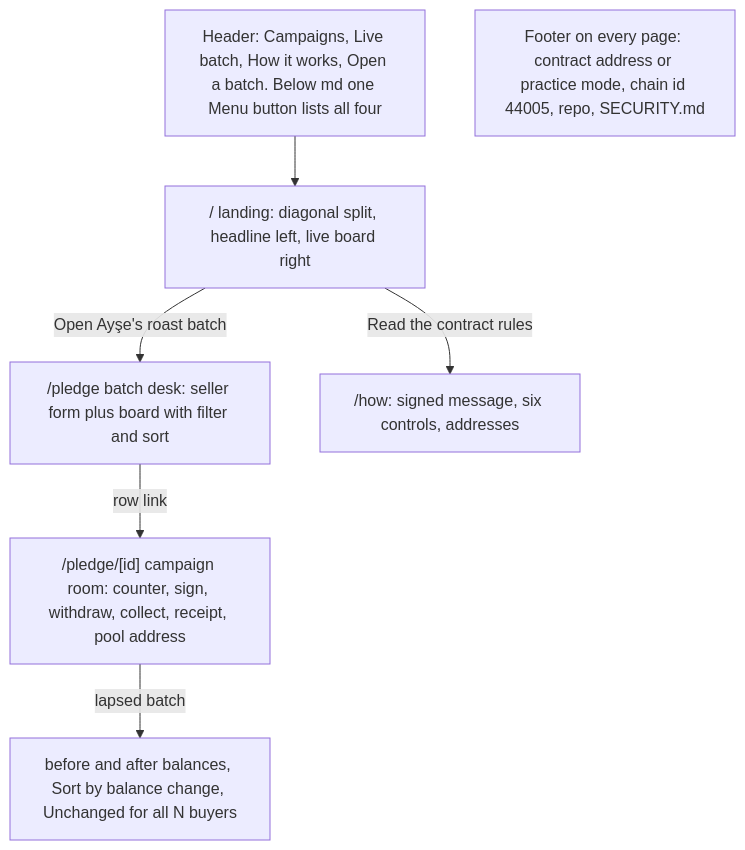
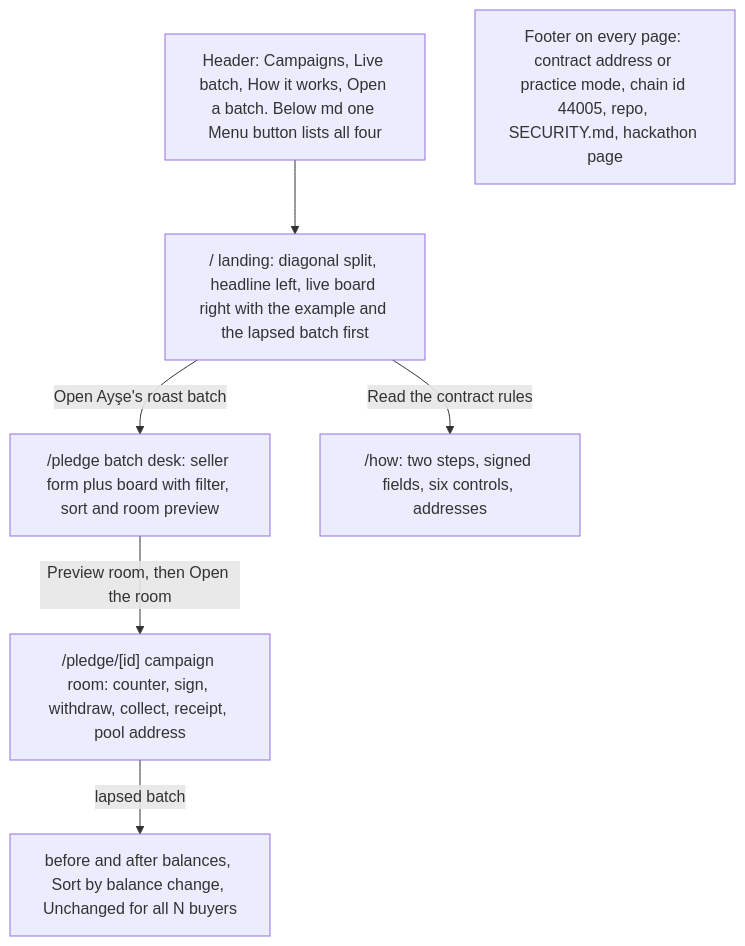
The second of 2 diagrams in README.md (mericcintosun/pactora), drawn with Mermaid before and after one commit. The commit also changed other lines of this file and 3 other files, not shown here.

````diff
--- a/README.md
+++ b/README.md
@@ -152,9 +179,9 @@
 ```mermaid
 flowchart TD
   H[Header: Campaigns, Live batch, How it works, Open a batch. Below md one Menu button lists all four] --> L
-  L["/ landing: diagonal split, headline left, live board right"] -- "Open Ayşe's roast batch" --> W
-  L -- "Read the contract rules" --> HOW["/how: signed message, six controls, addresses"]
-  W["/pledge batch desk: seller form plus board with filter and sort"] -- "row link" --> R
+  L["/ landing: diagonal split, headline left, live board right with the example and the lapsed batch first"] -- "Open Ayşe's roast batch" --> W
+  L -- "Read the contract rules" --> HOW["/how: two steps, signed fields, six controls, addresses"]
+  W["/pledge batch desk: seller form plus board with filter, sort and room preview"] -- "Preview room, then Open the room" --> R
   R["/pledge/[id] campaign room: counter, sign, withdraw, collect, receipt, pool address"] -- "lapsed batch" --> C["before and after balances, Sort by balance change, Unchanged for all N buyers"]
-  F[Footer on every page: contract address or practice mode, chain id 44005, repo, SECURITY.md]
+  F[Footer on every page: contract address or practice mode, chain id 44005, repo, SECURITY.md, hackathon page]
 ```
````
